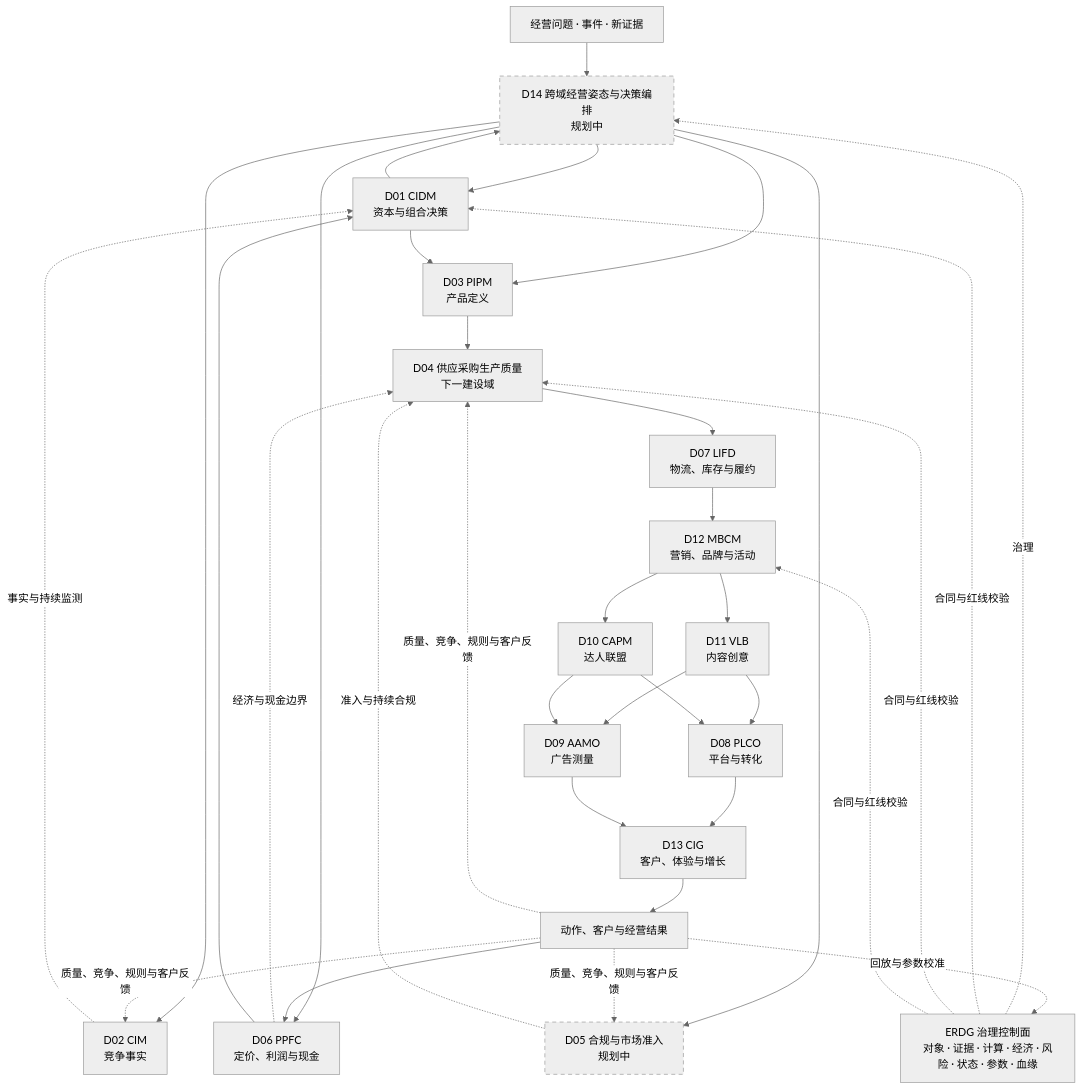
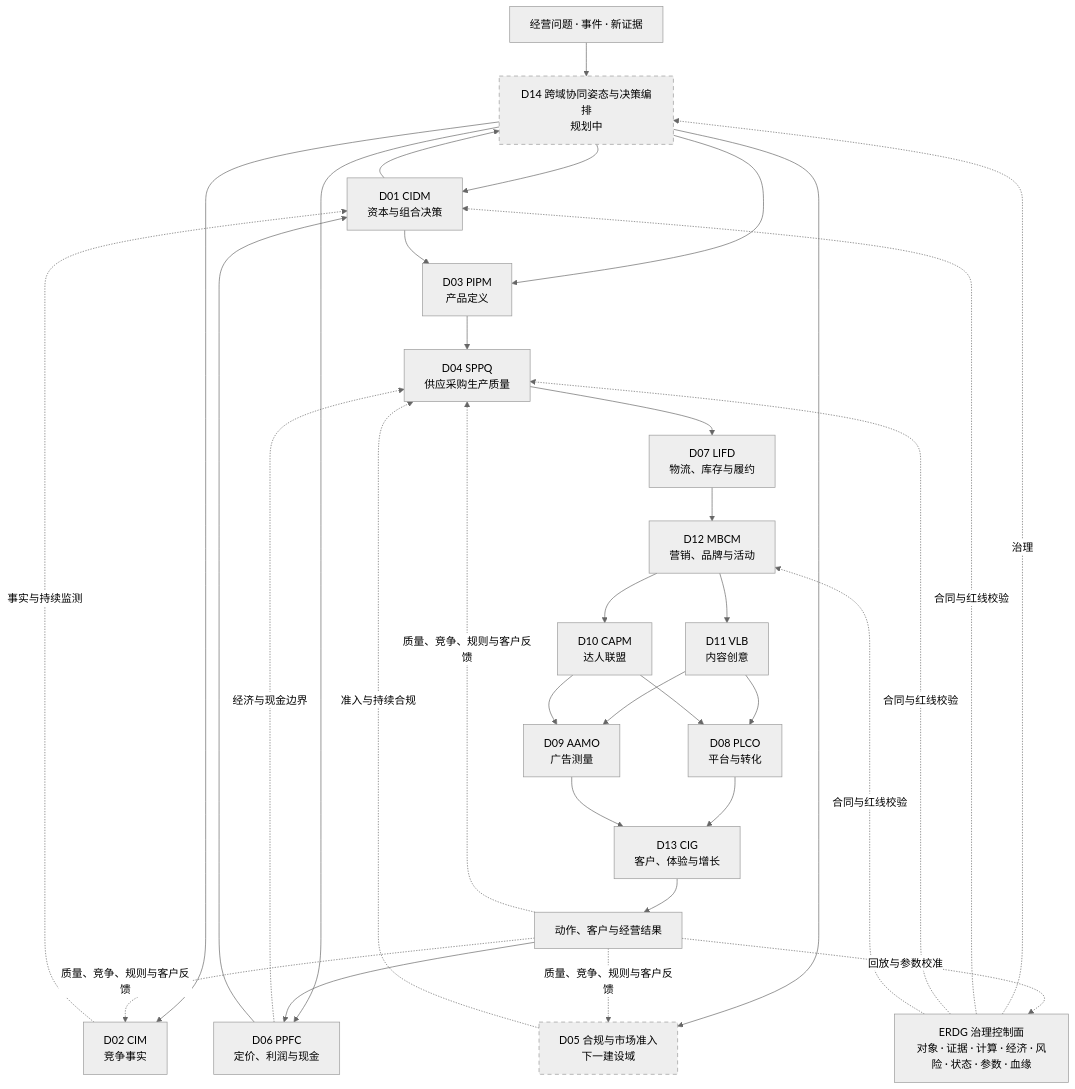
The first of 2 diagrams in README.md (saye-chen/CrossBorder-Decision-Lab), drawn with Mermaid (neutral theme) before and after one commit. The commit also changed other lines of this file and 58 other files, not shown here.

````diff
--- a/README.md
+++ b/README.md
@@ -73,34 +73,34 @@
 ```mermaid
 flowchart TB
-    U["经营问题 · 事件 · 新证据"] --> D14["D14 跨域经营姿态与决策编排<br/>规划中"]
+    U["经营问题 · 事件 · 新证据"] --> D14["D14 跨域协同姿态与决策编排<br/>规划中"]
     D14 --> D01["D01 CIDM<br/>资本与组合决策"]
     D14 --> D02["D02 CIM<br/>竞争事实"]
     D14 --> D03["D03 PIPM<br/>产品定义"]
-    D14 --> D05["D05 合规与市场准入<br/>规划中"]
+    D14 --> D05["D05 合规与市场准入<br/>下一建设域"]
     D14 --> D06["D06 PPFC<br/>定价、利润与现金"]
-    D01 --> D03 --> D04["D04 供应采购生产质量<br/>下一建设域"] --> D07["D07 LIFD<br/>物流、库存与履约"]
+    D01 --> D03 --> D04["D04 SPPQ<br/>供应采购生产质量"] --> D07["D07 LIFD<br/>物流、库存与履约"]
     D07 --> D12["D12 MBCM<br/>营销、品牌与活动"]
     D12 --> D11["D11 VLB<br/>内容创意"]
     D12 --> D10["D10 CAPM<br/>达人联盟"]
     D11 --> D08["D08 PLCO<br/>平台与转化"]
     D11 --> D09["D09 AAMO<br/>广告测量"]
     D10 --> D08
     D10 --> D09
     D08 --> D13["D13 CIG<br/>客户、体验与增长"]
     D09 --> D13
     D02 -.事实与持续监测.-> D01
     D05 -.准入与持续合规.-> D04
     D06 -.经济与现金边界.-> D04
     D13 --> O["动作、客户与经营结果"]
     O --> D06 --> D01 --> D14
     O -.质量、竞争、规则与客户反馈.-> D02
     O -.质量、竞争、规则与客户反馈.-> D04
     O -.质量、竞争、规则与客户反馈.-> D05
     E["ERDG 治理控制面<br/>对象 · 证据 · 计算 · 经济 · 风险 · 状态 · 参数 · 血缘"] -.治理.-> D14
     E -.合同与红线校验.-> D01
     E -.合同与红线校验.-> D04
     E -.合同与红线校验.-> D12
     O -.回放与参数校准.-> E
     classDef planned stroke-dasharray:6 5
     class D05,D14 planned
 ```
````
